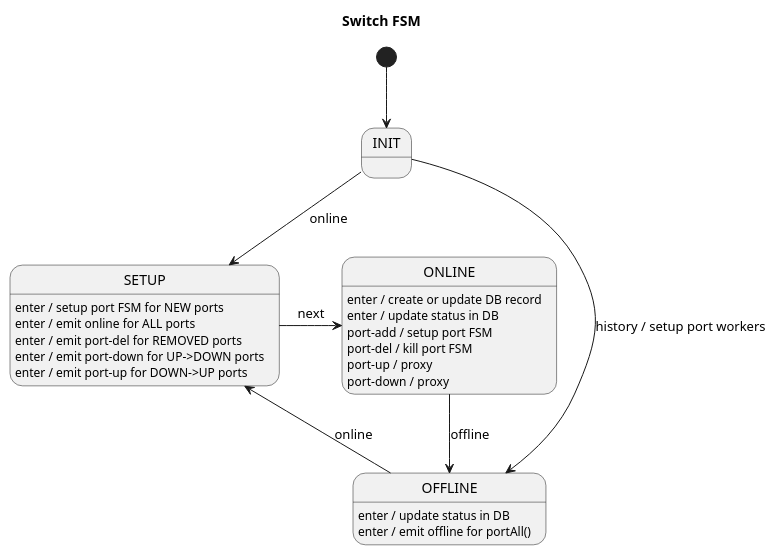
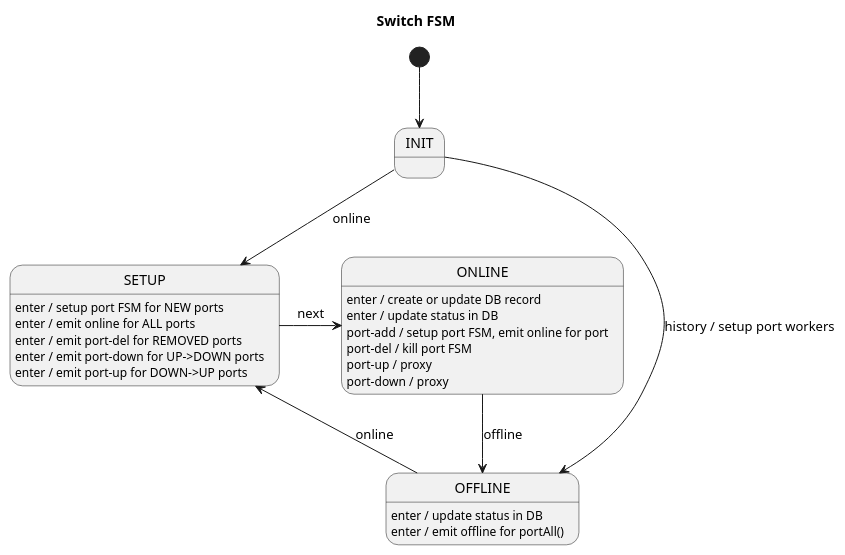
One commit to telstra/open-kilda changed the diagram in docs/design/network-discovery/switch-FSM.puml. Above: the diagram before and after it, drawn with PlantUML. The commit also changed 6 other files, not shown here.

```diff
--- a/docs/design/network-discovery/switch-FSM.puml
+++ b/docs/design/network-discovery/switch-FSM.puml
@@ -22,27 +22,27 @@
 @startuml
 title Switch FSM
 
 [*] --> INIT
 
 INIT --> OFFLINE : history / setup port workers
 INIT --> SETUP : online
 
 SETUP : enter / setup port FSM for NEW ports
 SETUP : enter / emit online for ALL ports
 SETUP : enter / emit port-del for REMOVED ports
 SETUP : enter / emit port-down for UP->DOWN ports
 SETUP : enter / emit port-up for DOWN->UP ports
 SETUP -r-> ONLINE : next
 
 ONLINE : enter / create or update DB record
 ONLINE : enter / update status in DB
-ONLINE : port-add / setup port FSM
+ONLINE : port-add / setup port FSM, emit online for port
 ONLINE : port-del / kill port FSM
 ONLINE : port-up / proxy
 ONLINE : port-down / proxy
 ONLINE --> OFFLINE : offline
 
 OFFLINE : enter / update status in DB
 OFFLINE : enter / emit offline for portAll()
 OFFLINE --> SETUP : online
 @enduml
```
